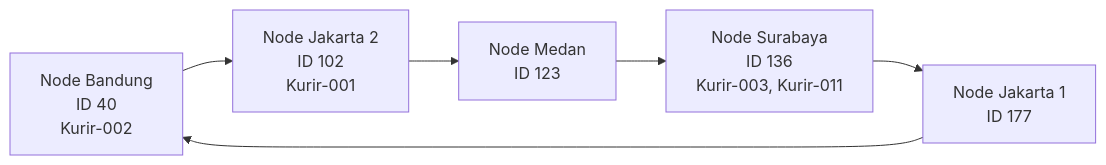
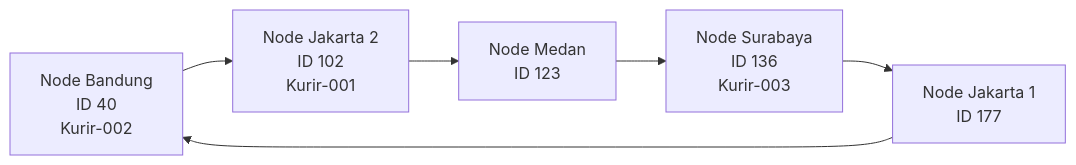
The diagram in tugas-06-penamaan-dht/README.md (nabilahrobbaniyah/komputasi-awan-dan-terdistribusi), drawn with Mermaid before and after one commit. The commit also changed other lines of this file, not shown here.

````diff
--- a/tugas-06-penamaan-dht/README.md
+++ b/tugas-06-penamaan-dht/README.md
@@ -41,10 +41,10 @@
 ```mermaid
 flowchart LR
     A["Node Bandung<br/>ID 40<br/>Kurir-002"]
     B["Node Jakarta 2<br/>ID 102<br/>Kurir-001"]
     C["Node Medan<br/>ID 123"]
-    D["Node Surabaya<br/>ID 136<br/>Kurir-003, Kurir-011"]
+    D["Node Surabaya<br/>ID 136<br/>Kurir-003"]
     E["Node Jakarta 1<br/>ID 177"]
 
     A --> B --> C --> D --> E --> A
 ```
````
